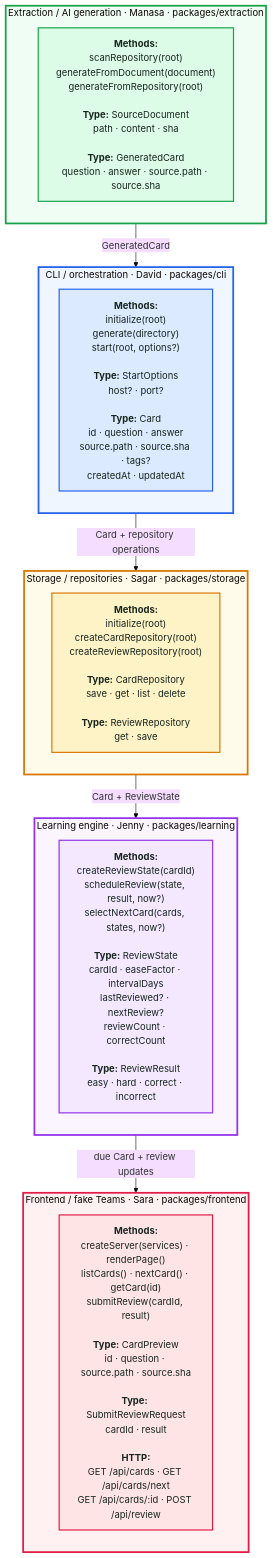
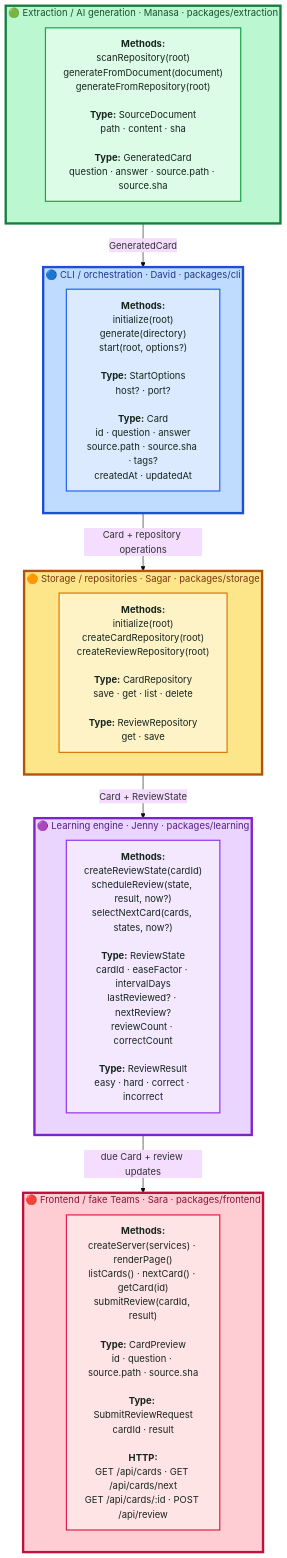
Before and after one commit to flashlearn-ai/flashlearn: the diagram in README.md, drawn with Mermaid (base theme).

Commit message:
Strengthen contract map region colors

````diff
--- a/README.md
+++ b/README.md
@@ -87,48 +87,48 @@
 ```mermaid
 flowchart TD
-  subgraph ExtractionRegion["Extraction / AI generation · Manasa · packages/extraction"]
+  subgraph ExtractionRegion["🟢 Extraction / AI generation · Manasa · packages/extraction"]
     direction TB
     Extraction["<b>Methods:</b><br/>scanRepository(root)<br/>generateFromDocument(document)<br/>generateFromRepository(root)<br/><br/><b>Type:</b> SourceDocument<br/>path · content · sha<br/><br/><b>Type:</b> GeneratedCard<br/>question · answer · source.path · source.sha"]
   end
 
-  subgraph CLIRegion["CLI / orchestration · David · packages/cli"]
+  subgraph CLIRegion["🔵 CLI / orchestration · David · packages/cli"]
     direction TB
     CLI["<b>Methods:</b><br/>initialize(root)<br/>generate(directory)<br/>start(root, options?)<br/><br/><b>Type:</b> StartOptions<br/>host? · port?<br/><br/><b>Type:</b> Card<br/>id · question · answer<br/>source.path · source.sha · tags?<br/>createdAt · updatedAt"]
   end
 
-  subgraph StorageRegion["Storage / repositories · Sagar · packages/storage"]
+  subgraph StorageRegion["🟠 Storage / repositories · Sagar · packages/storage"]
     direction TB
     Storage["<b>Methods:</b><br/>initialize(root)<br/>createCardRepository(root)<br/>createReviewRepository(root)<br/><br/><b>Type:</b> CardRepository<br/>save · get · list · delete<br/><br/><b>Type:</b> ReviewRepository<br/>get · save"]
   end
 
-  subgraph LearningRegion["Learning engine · Jenny · packages/learning"]
+  subgraph LearningRegion["🟣 Learning engine · Jenny · packages/learning"]
     direction TB
     Learning["<b>Methods:</b><br/>createReviewState(cardId)<br/>scheduleReview(state, result, now?)<br/>selectNextCard(cards, states, now?)<br/><br/><b>Type:</b> ReviewState<br/>cardId · easeFactor · intervalDays<br/>lastReviewed? · nextReview?<br/>reviewCount · correctCount<br/><br/><b>Type:</b> ReviewResult<br/>easy · hard · correct · incorrect"]
   end
 
-  subgraph FrontendRegion["Frontend / fake Teams · Sara · packages/frontend"]
+  subgraph FrontendRegion["🔴 Frontend / fake Teams · Sara · packages/frontend"]
     direction TB
     Frontend["<b>Methods:</b><br/>createServer(services) · renderPage()<br/>listCards() · nextCard() · getCard(id)<br/>submitReview(cardId, result)<br/><br/><b>Type:</b> CardPreview<br/>id · question · source.path · source.sha<br/><br/><b>Type:</b> SubmitReviewRequest<br/>cardId · result<br/><br/><b>HTTP:</b><br/>GET /api/cards · GET /api/cards/next<br/>GET /api/cards/:id · POST /api/review"]
   end
 
   Extraction -->|GeneratedCard| CLI
   CLI -->|Card + repository operations| Storage
   Storage -->|Card + ReviewState| Learning
   Learning -->|due Card + review updates| Frontend
 
   classDef cli fill:#dbeafe,color:#17251d,stroke:#2563eb,stroke-width:2px;
   classDef extraction fill:#dcfce7,color:#17251d,stroke:#16a34a,stroke-width:2px;
   classDef storage fill:#fef3c7,color:#17251d,stroke:#d97706,stroke-width:2px;
   classDef learning fill:#f3e8ff,color:#17251d,stroke:#9333ea,stroke-width:2px;
   classDef frontend fill:#ffe4e6,color:#17251d,stroke:#e11d48,stroke-width:2px;
   class CLI cli;
   class Extraction extraction;
   class Storage storage;
   class Learning learning;
   class Frontend frontend;
-  style ExtractionRegion fill:#f0fdf4,stroke:#16a34a,stroke-width:3px
-  style CLIRegion fill:#eff6ff,stroke:#2563eb,stroke-width:3px
-  style StorageRegion fill:#fffbeb,stroke:#d97706,stroke-width:3px
-  style LearningRegion fill:#faf5ff,stroke:#9333ea,stroke-width:3px
-  style FrontendRegion fill:#fff1f2,stroke:#e11d48,stroke-width:3px
+  style ExtractionRegion fill:#bbf7d0,stroke:#15803d,stroke-width:4px,color:#14532d
+  style CLIRegion fill:#bfdbfe,stroke:#1d4ed8,stroke-width:4px,color:#1e3a8a
+  style StorageRegion fill:#fde68a,stroke:#b45309,stroke-width:4px,color:#78350f
+  style LearningRegion fill:#e9d5ff,stroke:#7e22ce,stroke-width:4px,color:#581c87
+  style FrontendRegion fill:#fecdd3,stroke:#be123c,stroke-width:4px,color:#881337
 ```
````
